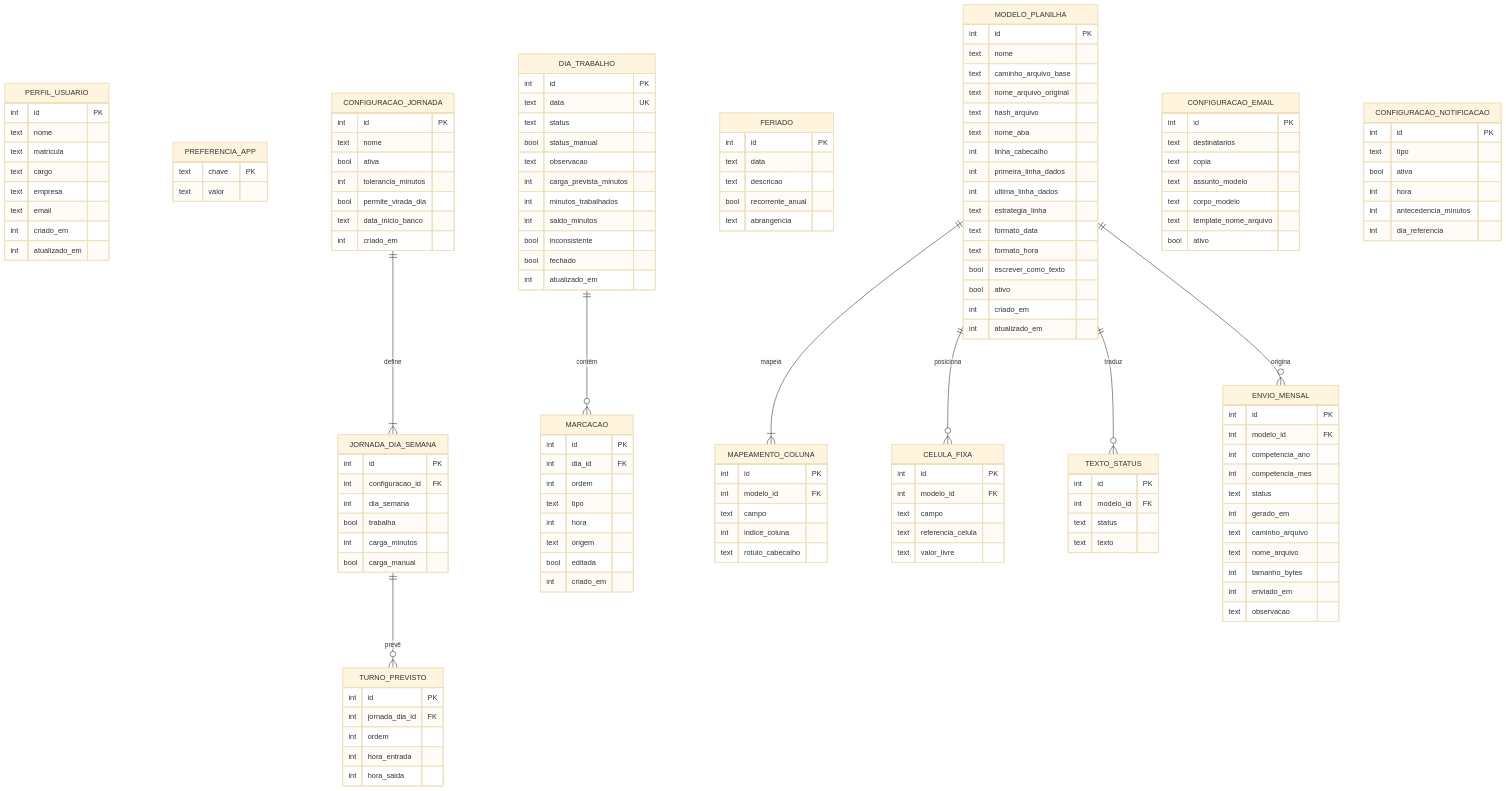
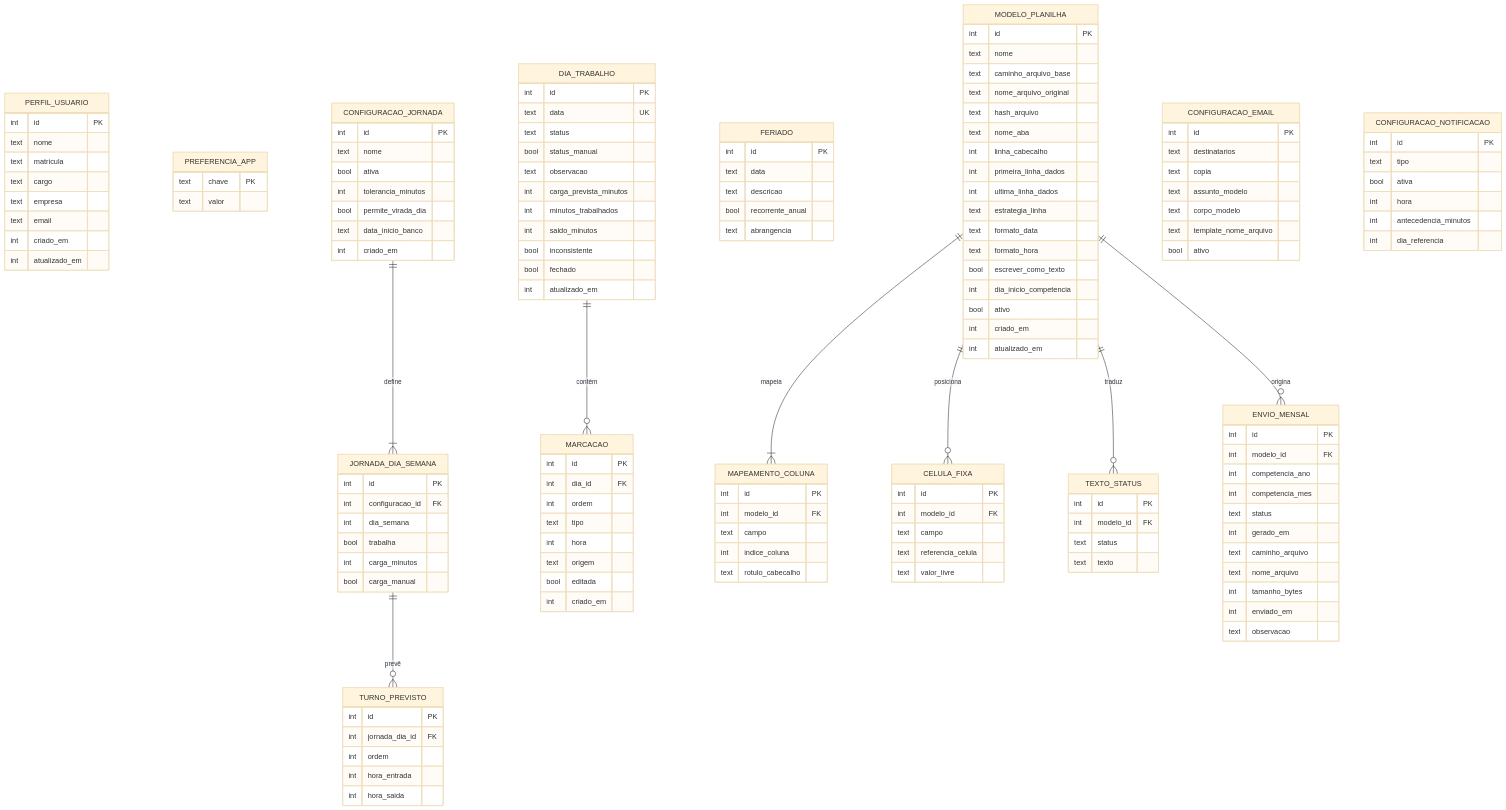
One commit to eduardlf/ponto_pj changed the first of 2 diagrams in docs/06-modelo-de-dados.md. Above: the diagram before and after it, drawn with Mermaid (base theme). The commit also changed other lines of this file and 112 other files, not shown here.

```diff
--- a/docs/06-modelo-de-dados.md
+++ b/docs/06-modelo-de-dados.md
@@ -113,6 +113,7 @@
         text formato_data
         text formato_hora
         bool escrever_como_texto
+        int dia_inicio_competencia
         bool ativo
         int criado_em
         int atualizado_em
```
